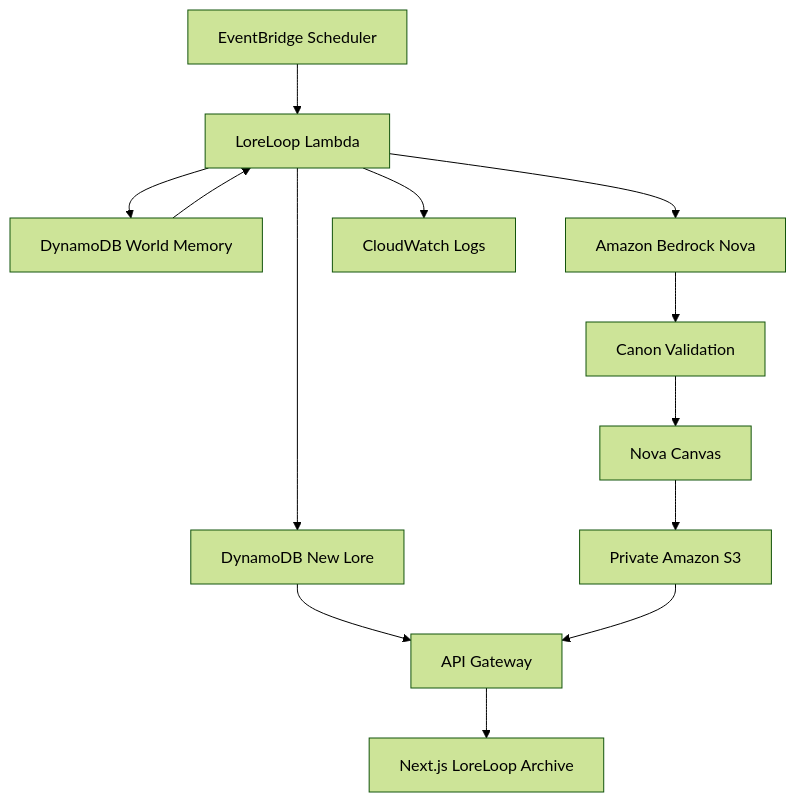
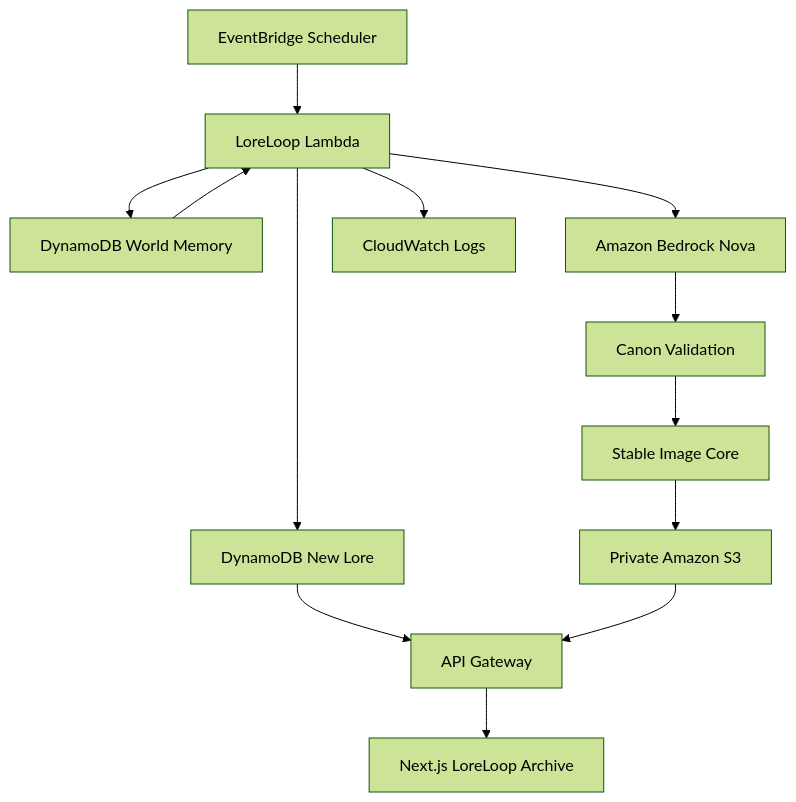
Before and after one commit to gokulupadhyayguragain/LoreLoop: the diagram in README.md, drawn with Mermaid (forest theme). The commit also changed other lines of this file and 15 other files, not shown here.

Commit message:
Enable stable image artwork generation

````diff
--- a/README.md
+++ b/README.md
@@ -23,15 +23,15 @@
 ```mermaid
 flowchart TD
   A[EventBridge Scheduler] --> B[LoreLoop Lambda]
   B --> C[DynamoDB World Memory]
   C --> B
   B --> D[Amazon Bedrock Nova]
   D --> E[Canon Validation]
-  E --> F[Nova Canvas]
+  E --> F[Stable Image Core]
   F --> G[Private Amazon S3]
   B --> H[DynamoDB New Lore]
   B --> I[CloudWatch Logs]
   H --> J[API Gateway]
   G --> J
   J --> K[Next.js LoreLoop Archive]
 ```
````
